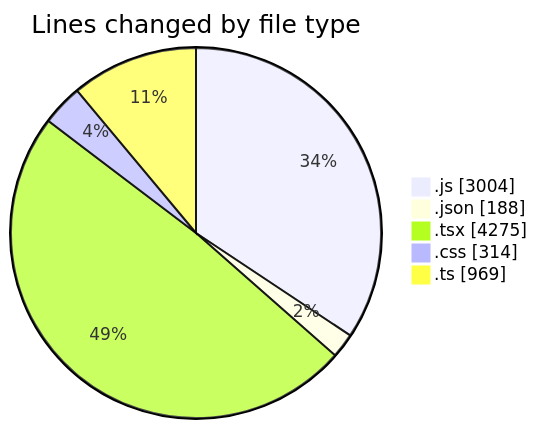
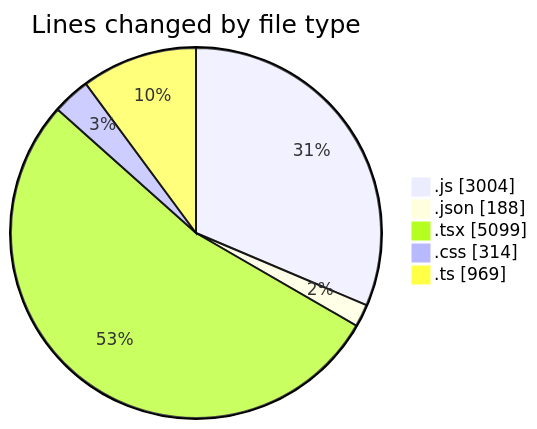
One commit to lephambinh05/code-tracking changed the first of 2 diagrams in 2025-08-09/napxuvn/README.md. Above: the diagram before and after it, drawn with Mermaid. The commit also changed other lines of this file and 1 other file, not shown here.

````diff
--- a/2025-08-09/napxuvn/README.md
+++ b/2025-08-09/napxuvn/README.md
@@ -72,9 +74,9 @@
 ```mermaid
 pie showData
 title Lines changed by file type
 ".js" : 3004
 ".json" : 188
-".tsx" : 4275
+".tsx" : 5099
 ".css" : 314
 ".ts" : 969
 ```
````
